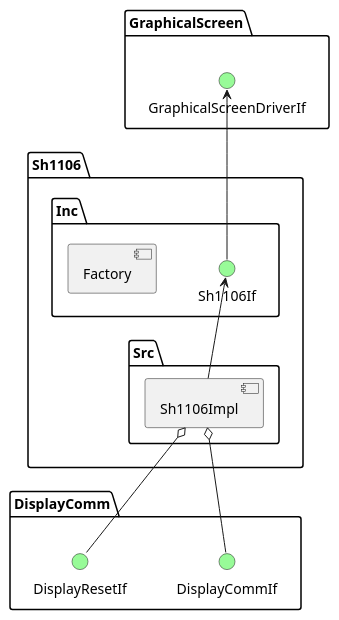
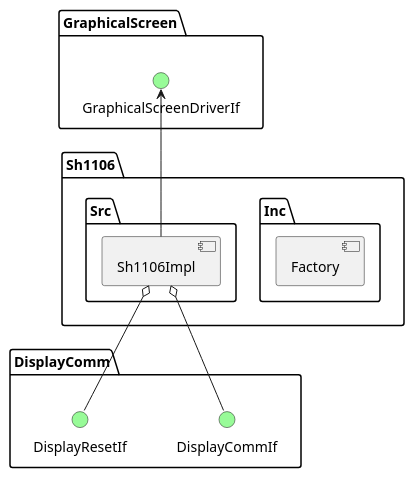
One commit to domikal792/c_cpp_arm changed the diagram in Cpp_Arm_2021_Kala_Jaraczewski/DisplayApp/App/Sh1106/README.md. Above: the diagram before and after it, drawn with PlantUML. The commit also changed 5 other files, not shown here.

````diff
--- a/Cpp_Arm_2021_Kala_Jaraczewski/DisplayApp/App/Sh1106/README.md
+++ b/Cpp_Arm_2021_Kala_Jaraczewski/DisplayApp/App/Sh1106/README.md
@@ -5,35 +5,31 @@
 ```plantuml
 
 @startuml
 
 package "DisplayComm" {
     () DisplayCommIf #palegreen
     () DisplayResetIf #palegreen
 }
 
 package "GraphicalScreen" {
     () GraphicalScreenDriverIf #palegreen
 }
 
 package "Sh1106" {
     package "Inc" {
-        () Sh1106If #palegreen
-
         [Factory]
-
-        Sh1106If -u-> GraphicalScreenDriverIf
     }
 
     package "Src" {
         [Sh1106Impl]
 
-        Sh1106Impl -u-> Sh1106If
+        Sh1106Impl -u-> GraphicalScreenDriverIf
         Sh1106Impl o-- DisplayCommIf
         Sh1106Impl o-- DisplayResetIf
     } 
 }
 
 @enduml
 
 
 ```
````
